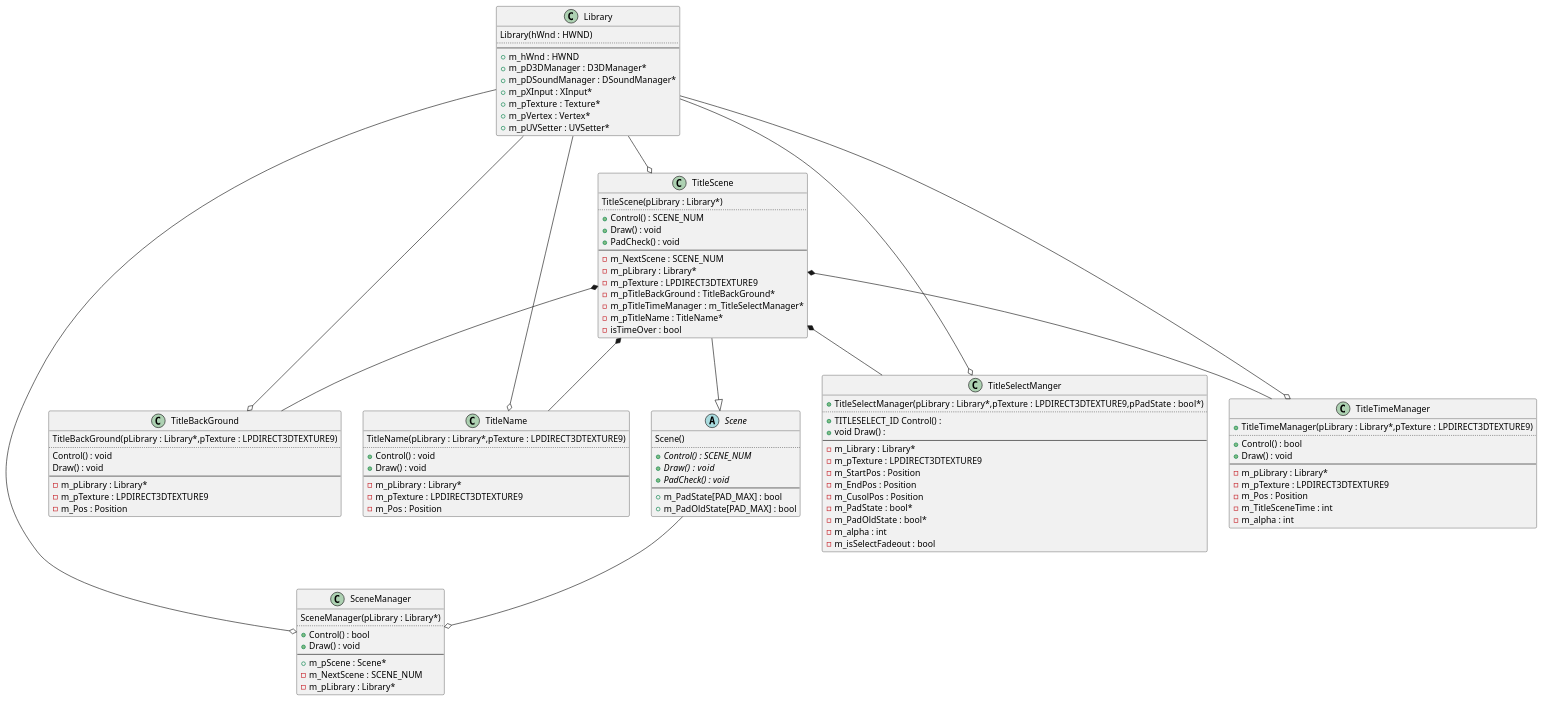
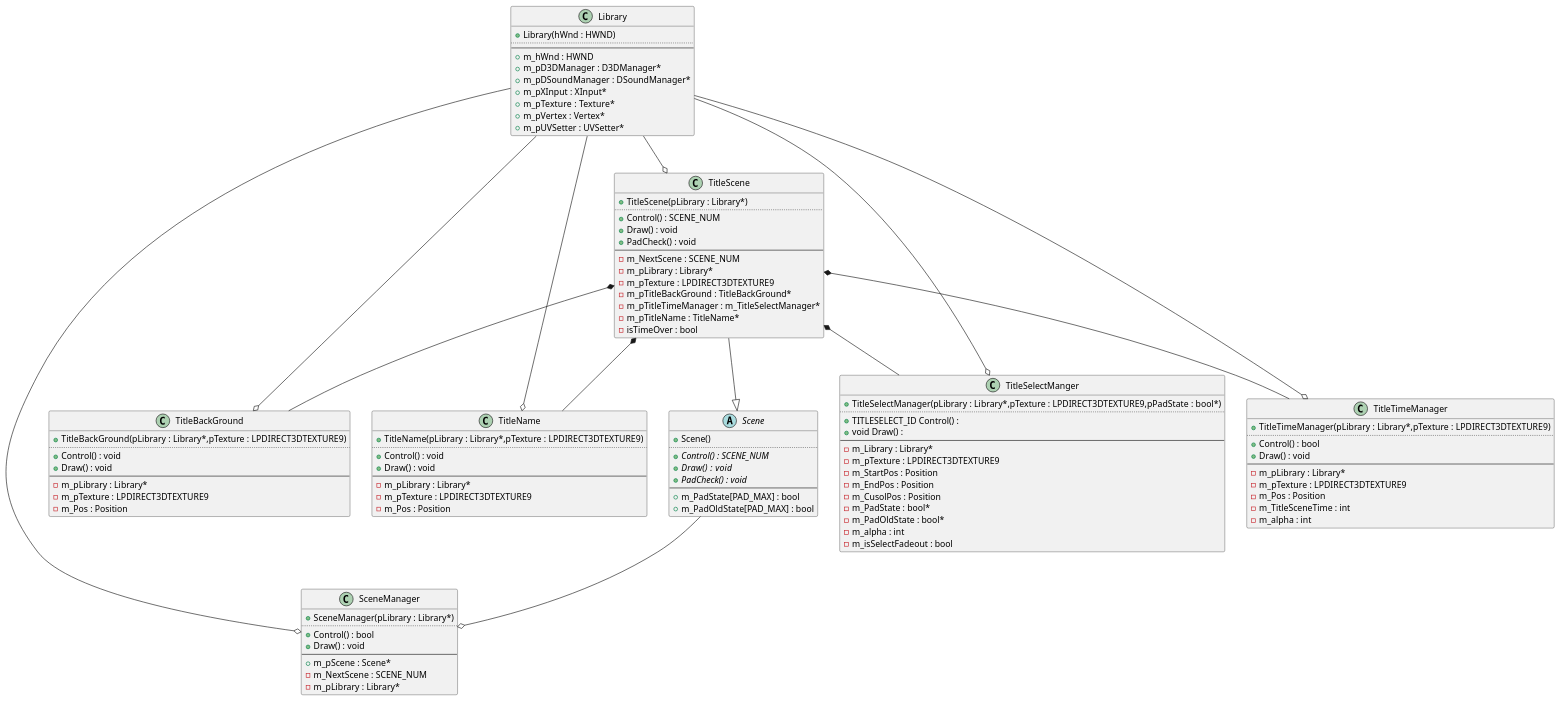
The diagram in 試験/ClassDiagram.pu (human-osaka-game-2019/uml), drawn with PlantUML before and after one commit.

Commit message:
クラス図の修正

```diff
--- a/試験/ClassDiagram.pu
+++ b/試験/ClassDiagram.pu
@@ -1,121 +1,121 @@
 @startuml
 class Library{
-    Library(hWnd : HWND)
+   + Library(hWnd : HWND)
 ..
 --
    + m_hWnd : HWND
    + m_pD3DManager : D3DManager*
    + m_pDSoundManager : DSoundManager* 
    + m_pXInput : XInput*	
    + m_pTexture : Texture*
    + m_pVertex : Vertex*
    + m_pUVSetter : UVSetter* 
 }
 
 abstract class Scene{
-    Scene()
+   + Scene()
 ..
     {abstract} + Control() : SCENE_NUM
     {abstract} + Draw() :  void
     {abstract} + PadCheck() : void 
 --
     + m_PadState[PAD_MAX] : bool
     + m_PadOldState[PAD_MAX] : bool
 }
 
 class SceneManager{
-    SceneManager(pLibrary : Library*)
+   + SceneManager(pLibrary : Library*)
 ..
    + Control() : bool
    + Draw() : void
 --
    + m_pScene : Scene*
    - m_NextScene : SCENE_NUM 
    - m_pLibrary : Library*
 }
 
 class TitleBackGround{
-    TitleBackGround(pLibrary : Library*,pTexture : LPDIRECT3DTEXTURE9)
+   + TitleBackGround(pLibrary : Library*,pTexture : LPDIRECT3DTEXTURE9)
 ..
-    Control() : void
-    Draw() : void
+   + Control() : void
+   + Draw() : void
 --
    - m_pLibrary : Library* 
    - m_pTexture : LPDIRECT3DTEXTURE9 
    - m_Pos : Position 
 }
 
 class TitleName{
-    TitleName(pLibrary : Library*,pTexture : LPDIRECT3DTEXTURE9)
+   + TitleName(pLibrary : Library*,pTexture : LPDIRECT3DTEXTURE9)
 ..
    + Control() : void
    + Draw() : void 
 --
    - m_pLibrary : Library*
    - m_pTexture : LPDIRECT3DTEXTURE9 
    - m_Pos : Position 
 }
 
 class TitleScene{
-    TitleScene(pLibrary : Library*)
+   + TitleScene(pLibrary : Library*)
 ..
    + Control() : SCENE_NUM 
    + Draw() : void 
    + PadCheck() : void 
 --
    - m_NextScene : SCENE_NUM 
    - m_pLibrary : Library* 
    - m_pTexture : LPDIRECT3DTEXTURE9 
    - m_pTitleBackGround : TitleBackGround* 
    - m_pTitleTimeManager : m_TitleSelectManager* 
    - m_pTitleName : TitleName* 
    - isTimeOver : bool 
 }
 
 class TitleSelectManger{
    + TitleSelectManager(pLibrary : Library*,pTexture : LPDIRECT3DTEXTURE9,pPadState : bool*)
 ..
    + TITLESELECT_ID Control() : 
    + void Draw() : 
 --
    - m_Library : Library* 
    - m_pTexture : LPDIRECT3DTEXTURE9 
    - m_StartPos : Position 
    - m_EndPos : Position 
    - m_CusolPos : Position 
    - m_PadState : bool* 
    - m_PadOldState : bool* 
    - m_alpha : int 
    - m_isSelectFadeout : bool 
 }
 
 class TitleTimeManager{
    + TitleTimeManager(pLibrary : Library*,pTexture : LPDIRECT3DTEXTURE9)
 ..
    + Control() : bool 
    + Draw() : void 
 --
    - m_pLibrary : Library* 
    - m_pTexture : LPDIRECT3DTEXTURE9
    - m_Pos : Position 
    - m_TitleSceneTime : int  
    - m_alpha : int 
 }
 
 Library --o SceneManager
 Library --o TitleBackGround
 Library --o TitleName
 Library --o TitleScene
 Library --o TitleSelectManger
 Library --o TitleTimeManager
 
 TitleScene --|> Scene
 
 Scene --o SceneManager
 
 TitleScene *-- TitleName
 TitleScene *-- TitleBackGround
 TitleScene *-- TitleSelectManger
 TitleScene *-- TitleTimeManager
 
 @enduml
```
